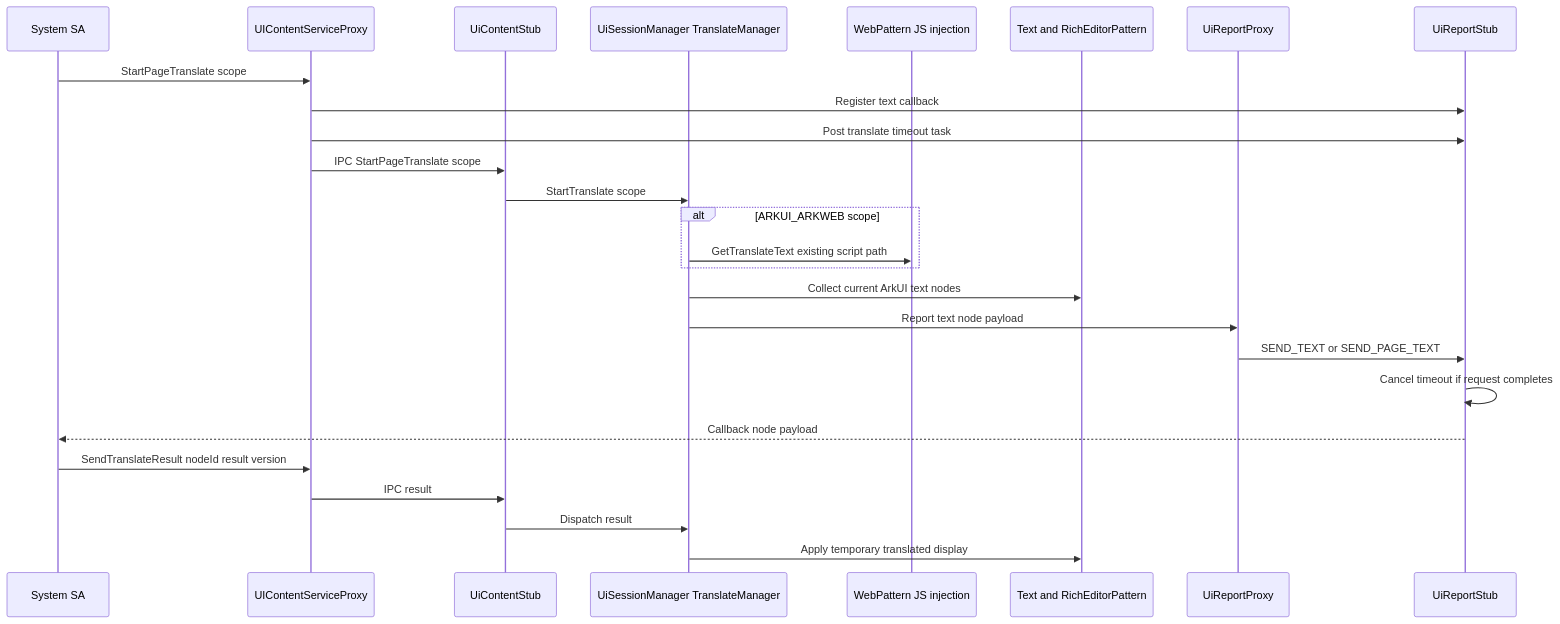
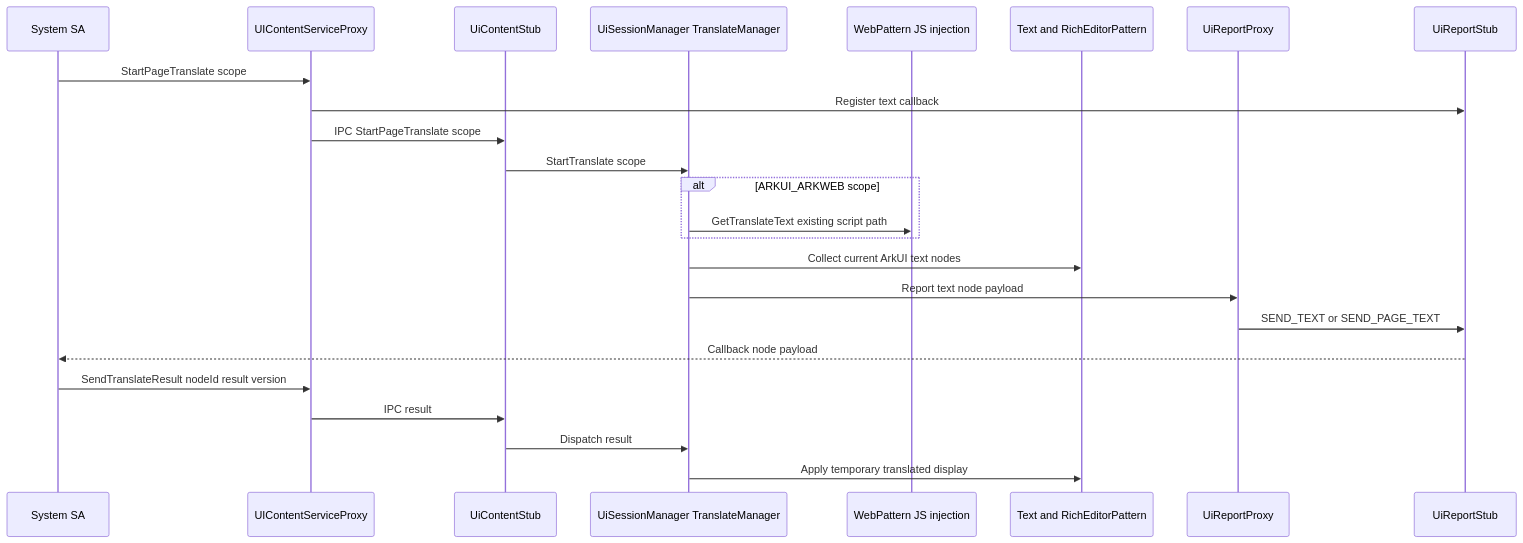
Before and after one commit to openharmony/arkui_ace_engine: the third of 5 diagrams in .codespec/changes/issue-85818-ui-session-arkui-text-translate/design.md, drawn with Mermaid. The commit also changed other lines of this file and 15 other files, not shown here.

````diff
--- a/.codespec/changes/issue-85818-ui-session-arkui-text-translate/design.md
+++ b/.codespec/changes/issue-85818-ui-session-arkui-text-translate/design.md
@@ -254,29 +255,27 @@
 ```mermaid
 sequenceDiagram
   participant SA as System SA
   participant CP as UIContentServiceProxy
   participant Stub as UiContentStub
   participant Mgr as UiSessionManager TranslateManager
   participant Web as WebPattern JS injection
   participant Text as Text and RichEditorPattern
   participant RP as UiReportProxy
   participant RS as UiReportStub
 
   SA->>CP: StartPageTranslate scope
   CP->>RS: Register text callback
-  CP->>RS: Post translate timeout task
   CP->>Stub: IPC StartPageTranslate scope
   Stub->>Mgr: StartTranslate scope
   alt ARKUI_ARKWEB scope
     Mgr->>Web: GetTranslateText existing script path
   end
   Mgr->>Text: Collect current ArkUI text nodes
   Mgr->>RP: Report text node payload
   RP->>RS: SEND_TEXT or SEND_PAGE_TEXT
-  RS->>RS: Cancel timeout if request completes
   RS-->>SA: Callback node payload
   SA->>CP: SendTranslateResult nodeId result version
   CP->>Stub: IPC result
   Stub->>Mgr: Dispatch result
   Mgr->>Text: Apply temporary translated display
 ```
````
